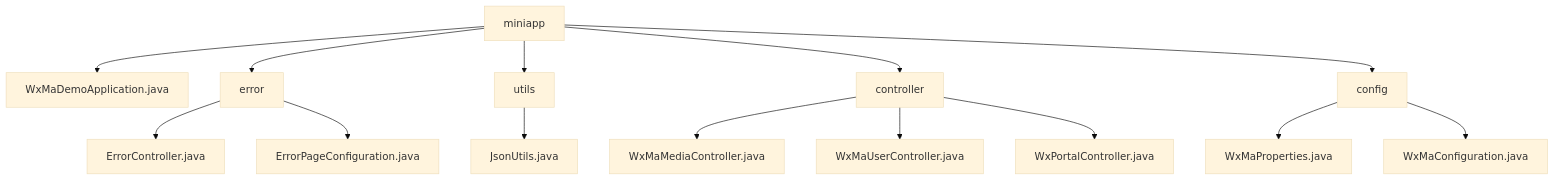
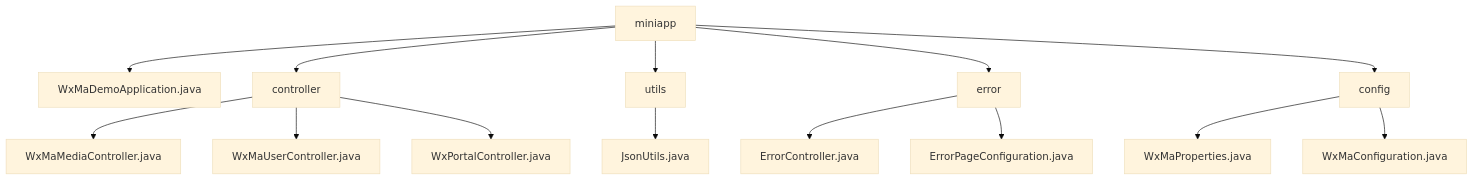
The diagram in docs/en/docs/src/main/java/com/github/binarywang/demo/wx/miniapp/_module.md (v-wjrong/rongwj666_weixin-java-miniapp-demo), drawn with Mermaid (base theme) before and after one commit. The commit also changed other lines of this file and 46 other files, not shown here.

````diff
--- a/docs/en/docs/src/main/java/com/github/binarywang/demo/wx/miniapp/_module.md
+++ b/docs/en/docs/src/main/java/com/github/binarywang/demo/wx/miniapp/_module.md
@@ -22,16 +22,16 @@
 ```mermaid
 graph TD
     miniapp --> WxMaDemoApplication.java
+    miniapp --> controller
+    miniapp --> utils
     miniapp --> error
-    miniapp --> utils
-    miniapp --> controller
     miniapp --> config
-    error --> ErrorController.java
-    error --> ErrorPageConfiguration.java
-    utils --> JsonUtils.java
     controller --> WxMaMediaController.java
     controller --> WxMaUserController.java
     controller --> WxPortalController.java
+    utils --> JsonUtils.java
+    error --> ErrorController.java
+    error --> ErrorPageConfiguration.java
     config --> WxMaProperties.java
     config --> WxMaConfiguration.java
 ```
````
